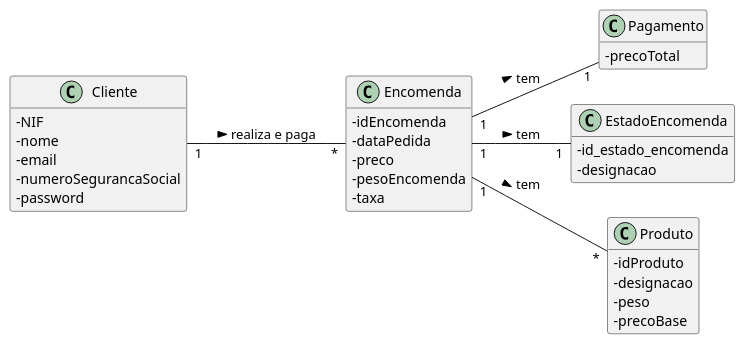
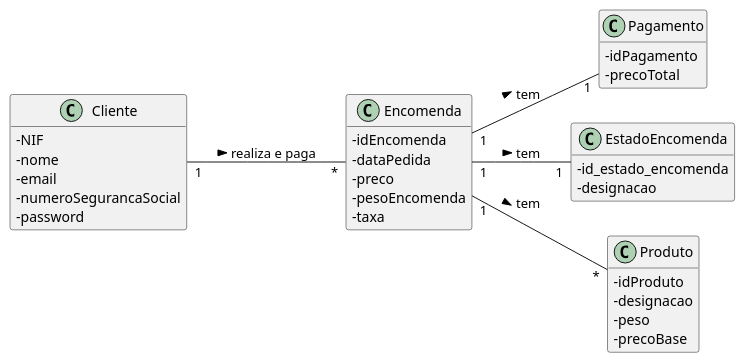
One commit to pedrolemos4/LAPR3 changed the diagram in docs/UC26/MD.puml. Above: the diagram before and after it, drawn with PlantUML. The commit also changed 1 other file, not shown here.

```diff
--- a/docs/UC26/MD.puml
+++ b/docs/UC26/MD.puml
@@ -1,43 +1,44 @@
 @startuml
 skinparam classAttributeIconSize 0
 hide methods
 left to right direction
 
 class Encomenda {
   -idEncomenda
   -dataPedida
   -preco
   -pesoEncomenda
   -taxa
 }
 
 class Pagamento {
+  -idPagamento
   -precoTotal
 }
 
 class EstadoEncomenda {
   -id_estado_encomenda
   -designacao
 }
 
 class Cliente {
   -NIF
   -nome
   -email
   -numeroSegurancaSocial
   -password
 }
 
 class Produto {
   -idProduto
   -designacao
   -peso
   -precoBase
 }
 
 Encomenda "1" -- "1" EstadoEncomenda : tem >
 Cliente "1" -- "*" Encomenda: realiza e paga >
 Encomenda "1" -- "*" Produto: tem >
 Encomenda "1" -- "1" Pagamento: tem >
 
 @enduml
```
